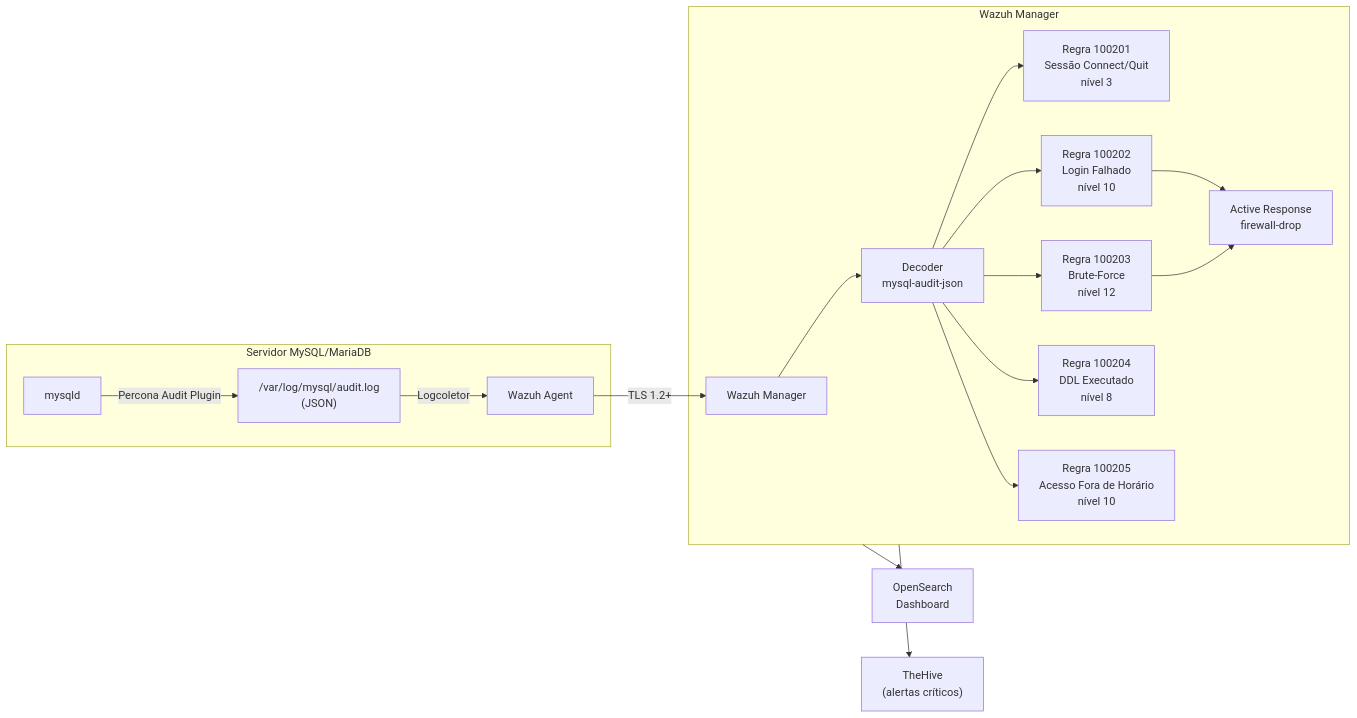
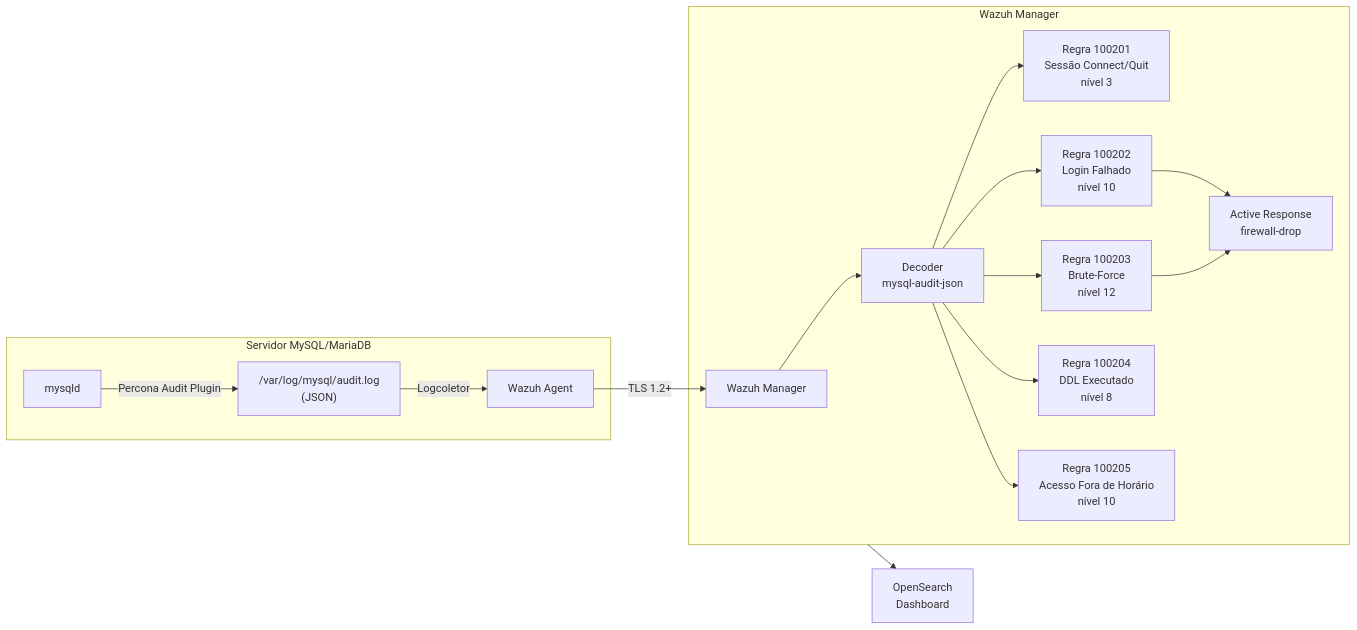
Before and after one commit to mjvmsteixeira/wazuh-database-compliance: the diagram in mysql/README.md, drawn with Mermaid. The commit also changed 1 other file, not shown here.

Commit message:
Remove unimplemented feature references from documentation
- Remove TheHive/SOAR, Slack/JIRA, CNCS/CERT.PT from architecture diagrams
- Mark TheHive integration as NOT DEPLOYED in operational table
- Fix NIS2 Art.23 mapping to note CNCS integration as roadmap
- Clean mysql/README.md diagram (remove TheHive reference)
- Keep shared/integrations/custom-thehive.py as ready-to-deploy script

````diff
--- a/mysql/README.md
+++ b/mysql/README.md
@@ -9,23 +9,22 @@
 ```mermaid
 flowchart LR
     subgraph Host["Servidor MySQL/MariaDB"]
         MY["mysqld"] -->|"Percona Audit Plugin"| LOG["/var/log/mysql/audit.log\n(JSON)"]
         LOG -->|"Logcoletor"| AG["Wazuh Agent"]
     end
 
     AG -->|"TLS 1.2+"| MAN["Wazuh Manager"]
 
     subgraph Manager["Wazuh Manager"]
         MAN --> DEC["Decoder\nmysql-audit-json"]
         DEC --> R1["Regra 100201\nSessão Connect/Quit\nnível 3"]
         DEC --> R2["Regra 100202\nLogin Falhado\nnível 10"]
         DEC --> R3["Regra 100203\nBrute-Force\nnível 12"]
         DEC --> R4["Regra 100204\nDDL Executado\nnível 8"]
         DEC --> R5["Regra 100205\nAcesso Fora de Horário\nnível 10"]
         R2 --> AR["Active Response\nfirewall-drop"]
         R3 --> AR
     end
 
     Manager --> OS["OpenSearch\nDashboard"]
-    Manager --> HIVE["TheHive\n(alertas críticos)"]
 ```
````
